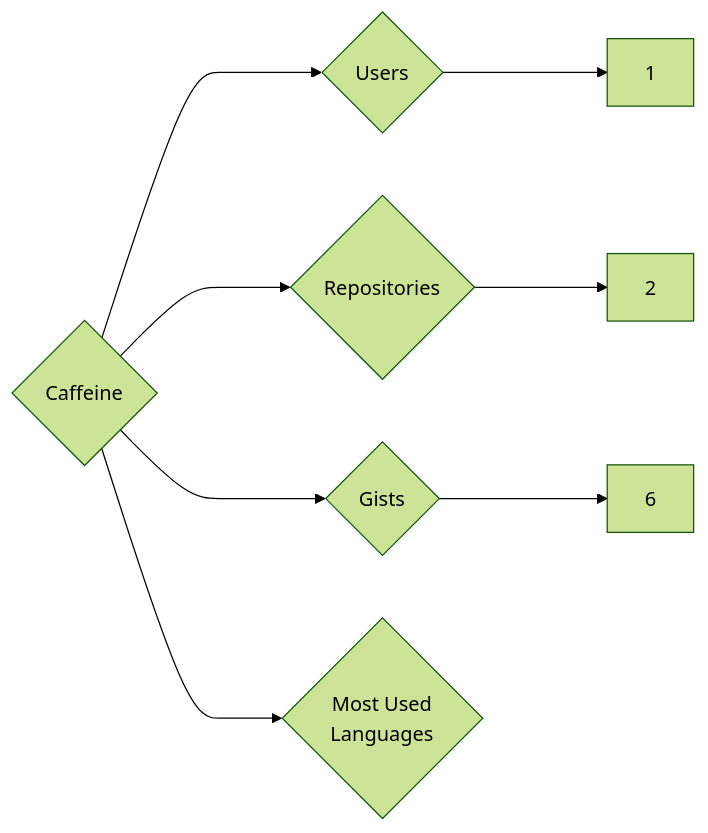
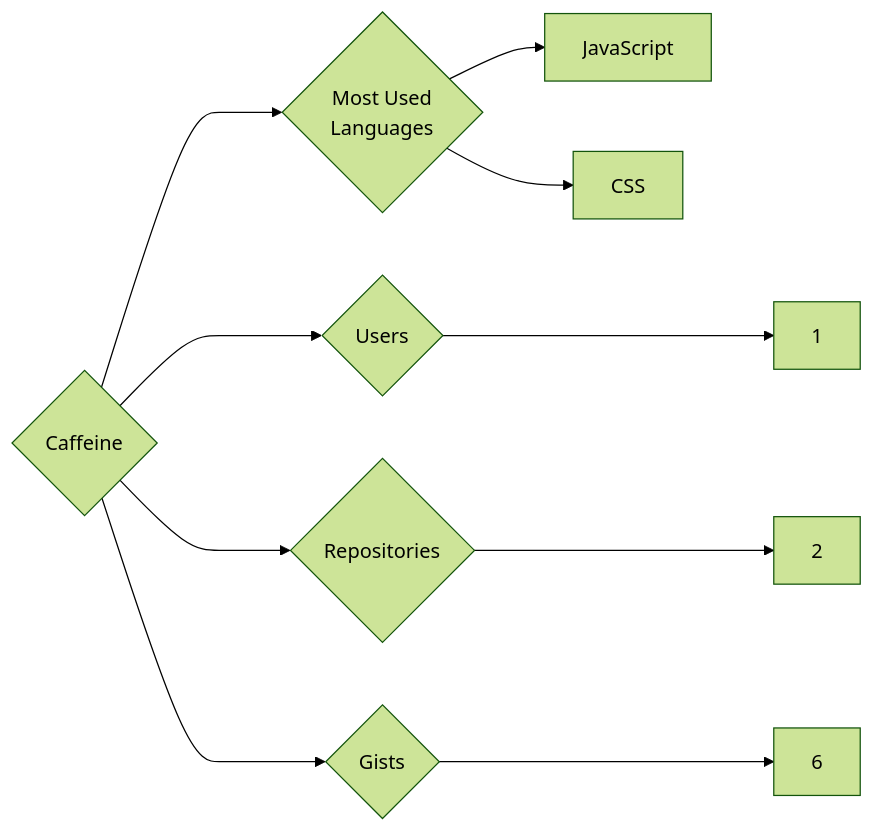
One commit to trickest/insiders changed the diagram in targets/Caffeine/README.md. Above: the diagram before and after it, drawn with Mermaid (forest theme). The commit also changed 1148 other files, not shown here.

````diff
--- a/targets/Caffeine/README.md
+++ b/targets/Caffeine/README.md
@@ -3,8 +3,10 @@
 ```mermaid
 graph LR
 COMPANY_NAME{Caffeine}
 COMPANY_NAME ---> U{Users} ---> UN[1]
 COMPANY_NAME ---> R{Repositories} ---> RN[2]
 COMPANY_NAME ---> G{Gists} ---> GN[6]
 COMPANY_NAME ---> ML{Most Used<br>Languages}
+ML --> JavaScript[JavaScript]
+ML --> CSS[CSS]
 ```
````
